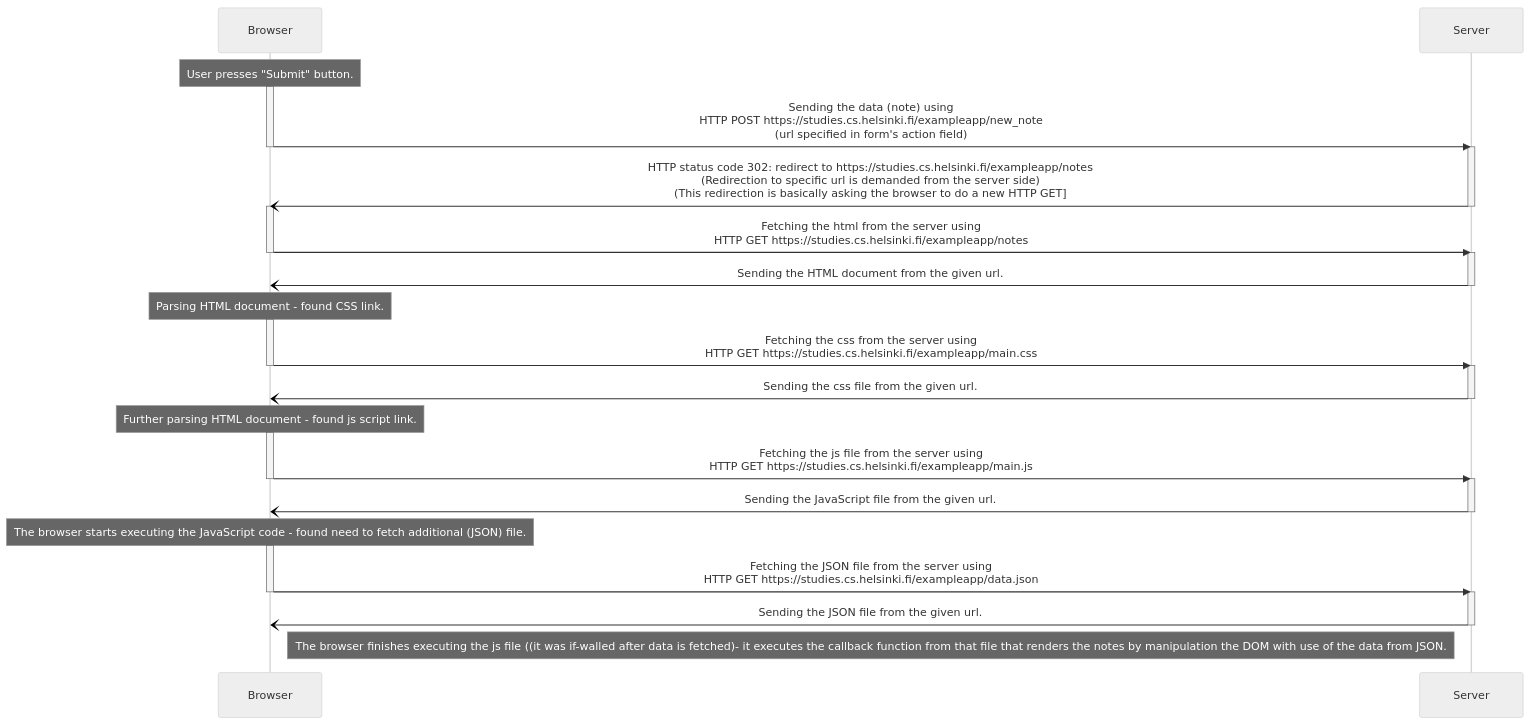
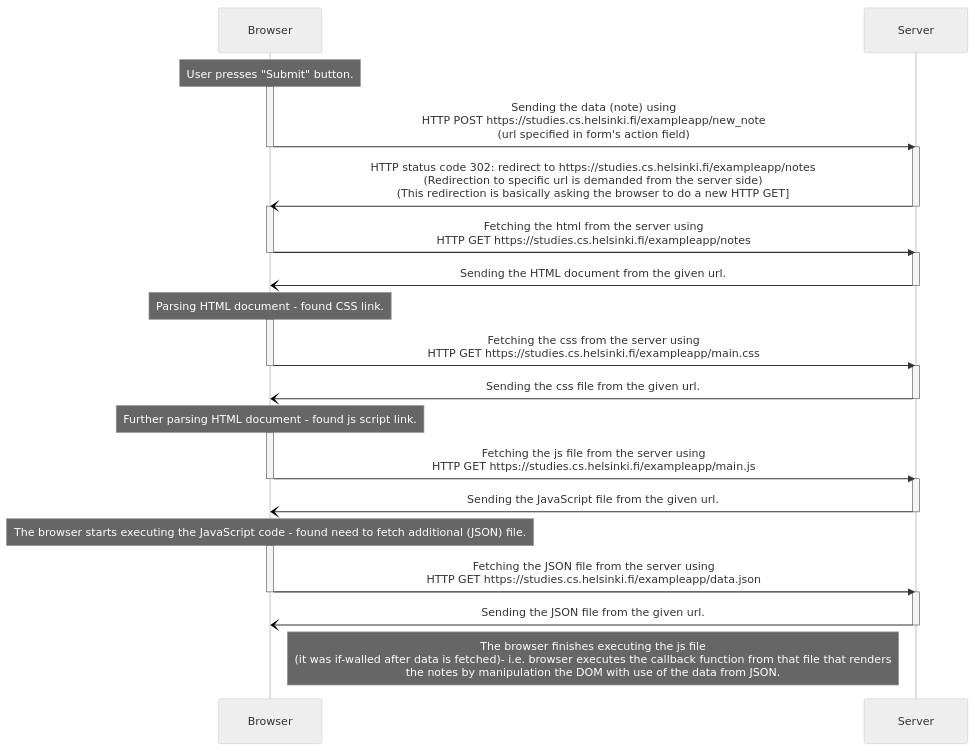
Before and after one commit to szmaragdynia/FullstackLearning: the diagram in part0/excercise0-4.md, drawn with Mermaid (neutral theme).

Commit message:
adding substance to excercise content

````diff
--- a/part0/excercise0-4.md
+++ b/part0/excercise0-4.md
@@ -1,56 +1,56 @@
 ```mermaid
 
 
 
 sequenceDiagram
     participant b as Browser
     participant s as Server
     
         Note over b: User presses "Submit" button.
     
 
     activate b
         b->>s: Sending the data (note) using <br/> HTTP POST https://studies.cs.helsinki.fi/exampleapp/new_note <br/> (url specified in form's action field) 
     deactivate b
     activate s
         s-)b: HTTP status code 302: redirect to https://studies.cs.helsinki.fi/exampleapp/notes <br/> (Redirection to specific url is demanded from the server side) <br/> (This redirection is basically asking the browser to do a new HTTP GET]
     deactivate s
 
 
     activate b
         b->>s: Fetching the html from the server using <br/> HTTP GET https://studies.cs.helsinki.fi/exampleapp/notes
     deactivate b
     activate s
         s-)b: Sending the HTML document from the given url.
     deactivate s
 
         Note over b: Parsing HTML document - found CSS link.
 
     activate b
         b->>s: Fetching the css from the server using <br/> HTTP GET https://studies.cs.helsinki.fi/exampleapp/main.css
     deactivate b
     activate s
         s-)b: Sending the css file from the given url.
     deactivate s
 
         Note over b: Further parsing HTML document - found js script link.
     
     activate b
         b->>s: Fetching the js file from the server using <br/> HTTP GET https://studies.cs.helsinki.fi/exampleapp/main.js
     deactivate b
     activate s
         s-)b: Sending the JavaScript file from the given url.
     deactivate s
 
         Note over b: The browser starts executing the JavaScript code - found need to fetch additional (JSON) file.
     
     activate b
         b->>s:Fetching the JSON file from the server using <br/> HTTP GET https://studies.cs.helsinki.fi/exampleapp/data.json
     deactivate b
     activate s
         s-)b: Sending the JSON file from the given url.
     deactivate s
 
-        Note right of b: The browser finishes executing the js file ((it was if-walled after data is fetched)- it executes the callback function from that file that renders the notes by manipulation the DOM with use of the data from JSON.
+        Note right of b: The browser finishes executing the js file <br/> (it was if-walled after data is fetched)- i.e. browser executes the callback function from that file that renders <br/> the notes by manipulation the DOM with use of the data from JSON.
     
 ```
````
